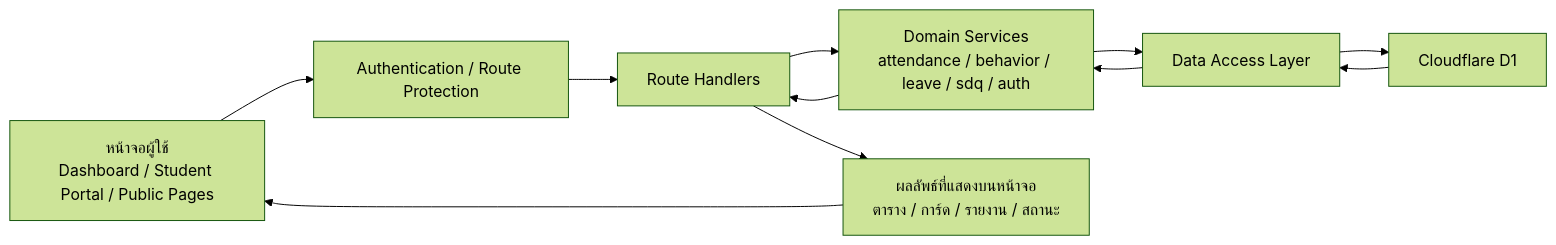
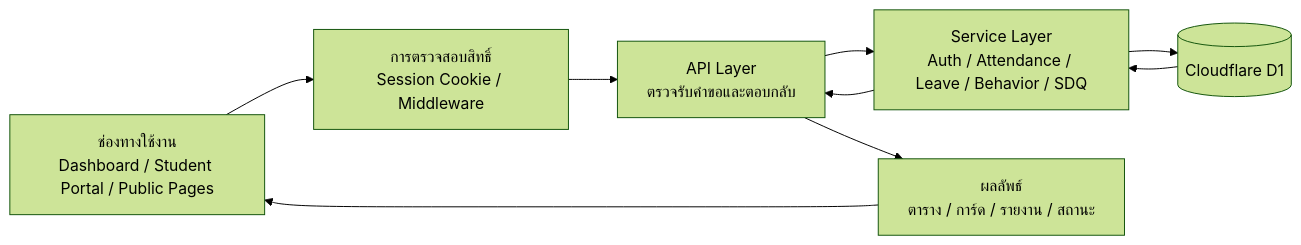
One commit to cboontact/doitg2026 changed the third of 20 diagrams in README.md. Above: the diagram before and after it, drawn with Mermaid (forest theme). The commit also changed other lines of this file, not shown here.

````diff
--- a/README.md
+++ b/README.md
@@ -255,21 +338,18 @@
 ```mermaid
 flowchart LR
-    UI["หน้าจอผู้ใช้<br/>Dashboard / Student Portal / Public Pages"]
-    Middleware["Authentication / Route Protection"]
-    API["Route Handlers"]
-    Service["Domain Services<br/>attendance / behavior / leave / sdq / auth"]
-    Query["Data Access Layer"]
-    D1["Cloudflare D1"]
-    Output["ผลลัพธ์ที่แสดงบนหน้าจอ<br/>ตาราง / การ์ด / รายงาน / สถานะ"]
+    UI["ช่องทางใช้งาน<br/>Dashboard / Student Portal / Public Pages"]
+    Auth["การตรวจสอบสิทธิ์<br/>Session Cookie / Middleware"]
+    API["API Layer<br/>ตรวจรับคำขอและตอบกลับ"]
+    Service["Service Layer<br/>Auth / Attendance / Leave / Behavior / SDQ"]
+    DB[("Cloudflare D1")]
+    Result["ผลลัพธ์<br/>ตาราง / การ์ด / รายงาน / สถานะ"]
 
-    UI --> Middleware
-    Middleware --> API
+    UI --> Auth
+    Auth --> API
     API --> Service
-    Service --> Query
-    Query --> D1
-    D1 --> Query
-    Query --> Service
+    Service --> DB
+    DB --> Service
     Service --> API
-    API --> Output
-    Output --> UI
+    API --> Result
+    Result --> UI
 ```
````
